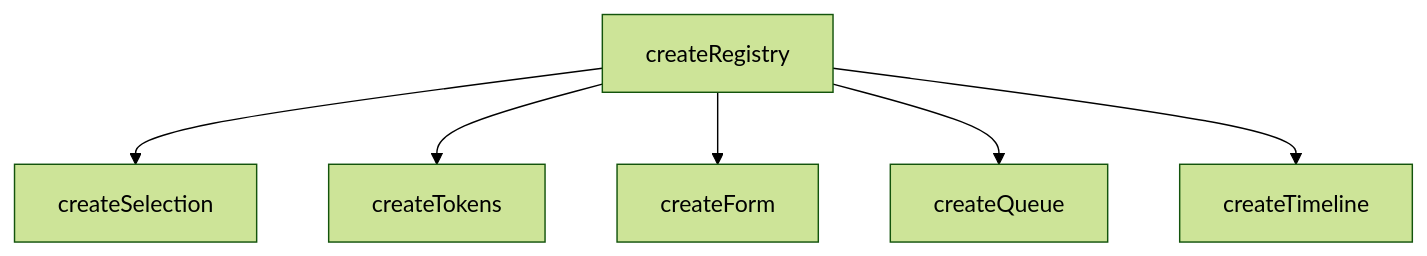
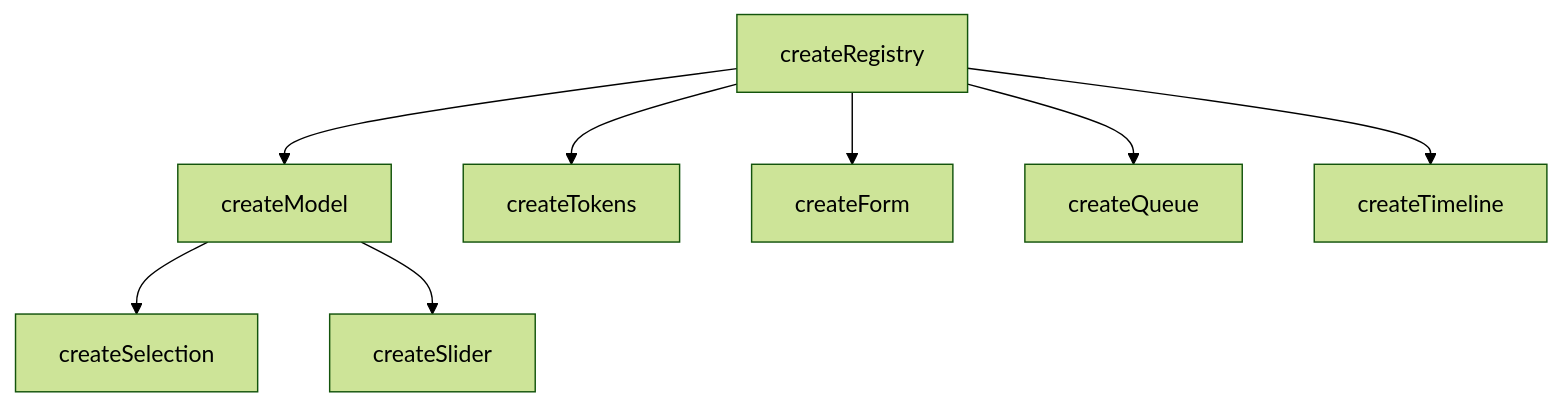
The first of 2 diagrams in apps/docs/src/pages/composables/registration/create-registry.md (vuetifyjs/0), drawn with Mermaid (forest theme) before and after one commit.

Commit message:
docs(create-registry): add createModel and createSlider to hierarchy diagram

````diff
--- a/apps/docs/src/pages/composables/registration/create-registry.md
+++ b/apps/docs/src/pages/composables/registration/create-registry.md
@@ -78,8 +78,10 @@
 ```mermaid "Registry Hierarchy"
 flowchart TD
-  createRegistry:::primary --> createSelection
+  createRegistry:::primary --> createModel
+  createModel --> createSelection
+  createModel --> createSlider
   createRegistry --> createTokens
   createRegistry --> createForm
   createRegistry --> createQueue
   createRegistry --> createTimeline
 ```
````
